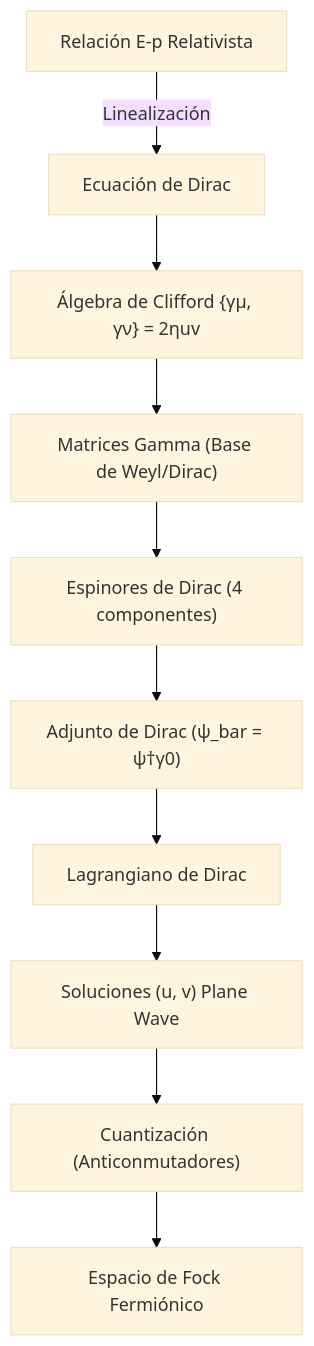
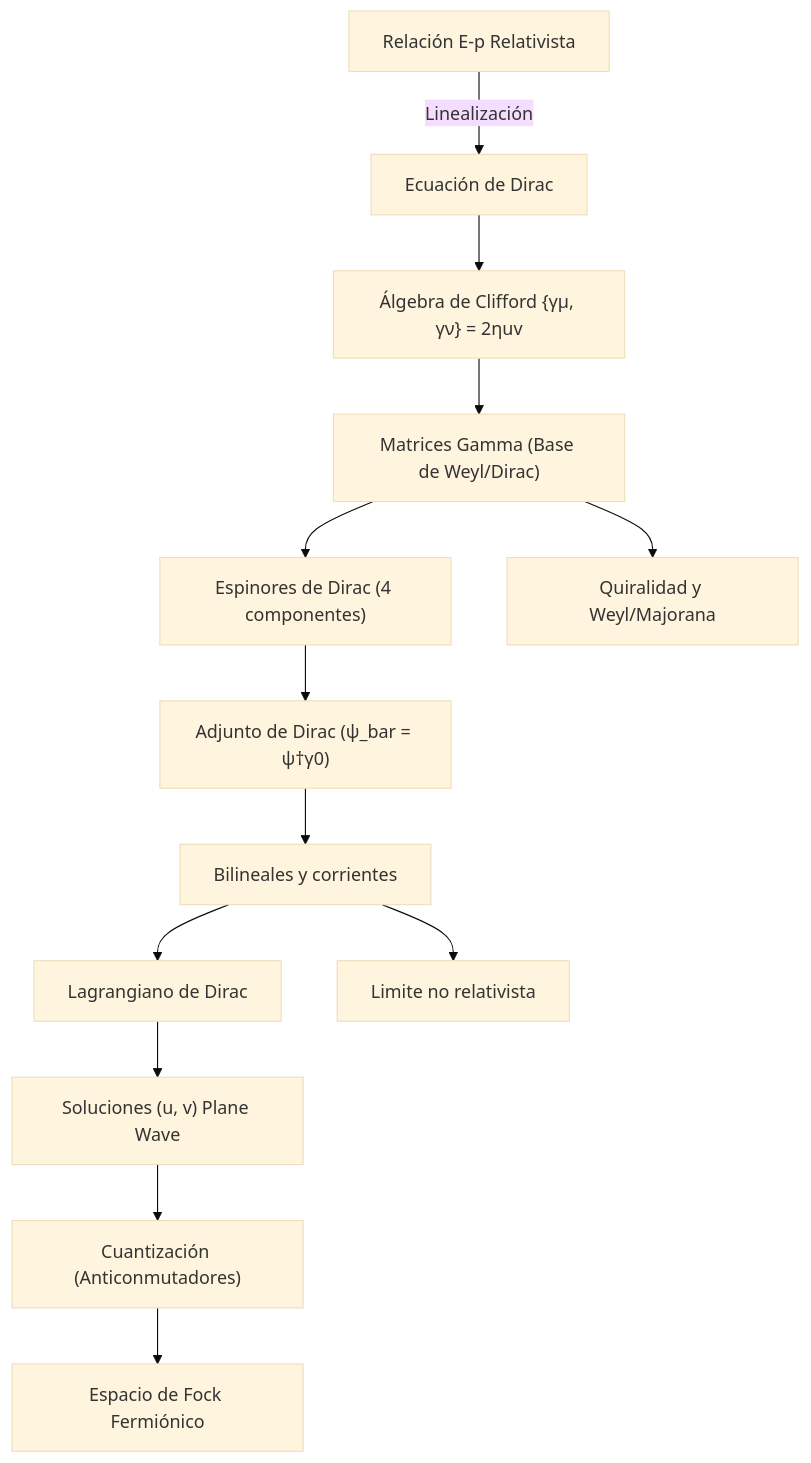
The diagram in Tutorial/06_fermiones_y_dirac/README.md (LegalIntermediaSL/QFT), drawn with Mermaid (base theme) before and after one commit. The commit also changed other lines of this file and 76 other files, not shown here.

````diff
--- a/Tutorial/06_fermiones_y_dirac/README.md
+++ b/Tutorial/06_fermiones_y_dirac/README.md
@@ -12,12 +21,15 @@
 ```mermaid
 flowchart TD
     A["Relación E-p Relativista"] -- "Linealización" --> B["Ecuación de Dirac"]
     B --> C["Álgebra de Clifford {γμ, γν} = 2ηuv"]
     C --> D["Matrices Gamma (Base de Weyl/Dirac)"]
     D --> E["Espinores de Dirac (4 componentes)"]
     E --> F["Adjunto de Dirac (ψ_bar = ψ†γ0)"]
-    F --> G["Lagrangiano de Dirac"]
-    G --> H["Soluciones (u, v) Plane Wave"]
-    H --> I["Cuantización (Anticonmutadores)"]
-    I --> J["Espacio de Fock Fermiónico"]
+    F --> G["Bilineales y corrientes"]
+    G --> H["Lagrangiano de Dirac"]
+    H --> I["Soluciones (u, v) Plane Wave"]
+    I --> J["Cuantización (Anticonmutadores)"]
+    J --> K["Espacio de Fock Fermiónico"]
+    G --> L["Limite no relativista"]
+    D --> M["Quiralidad y Weyl/Majorana"]
 ```
````
